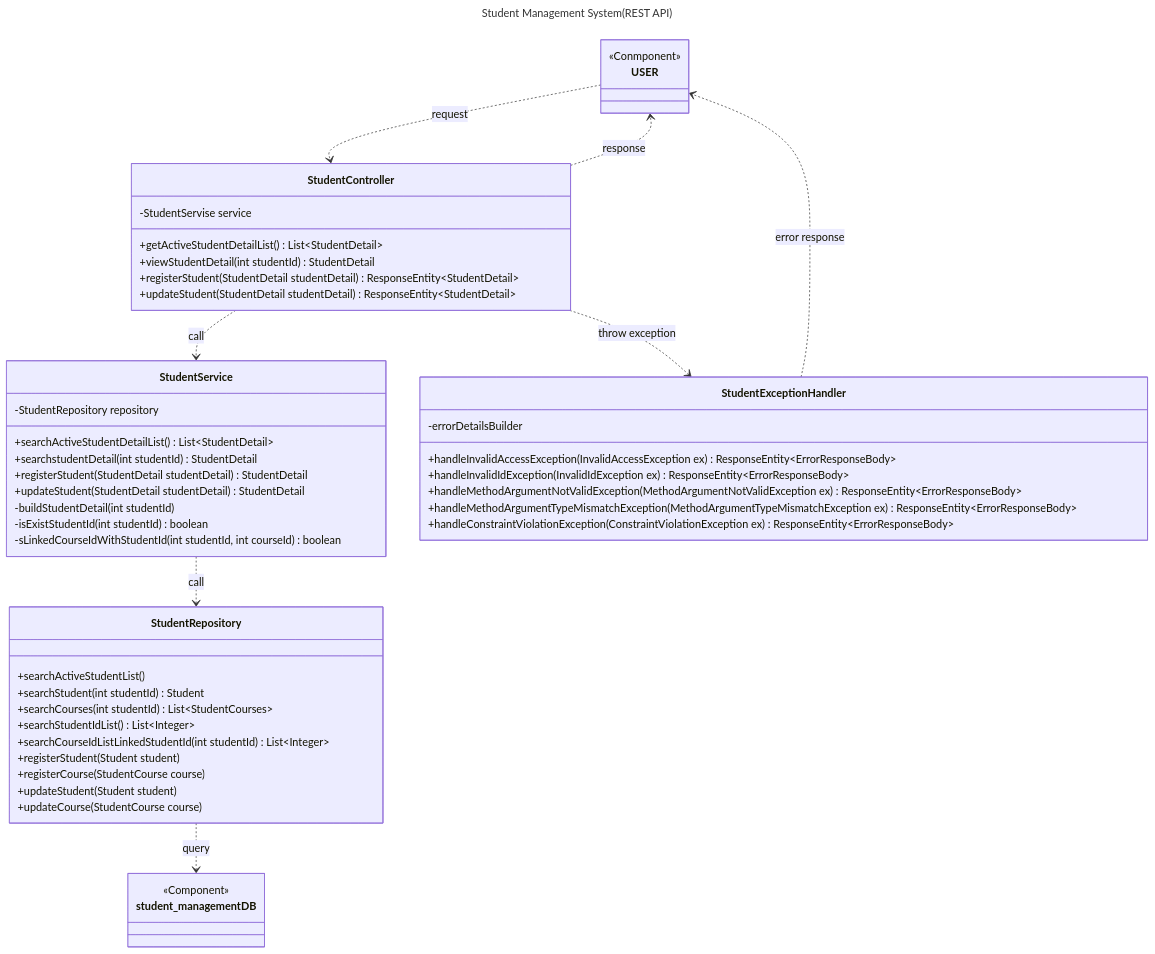
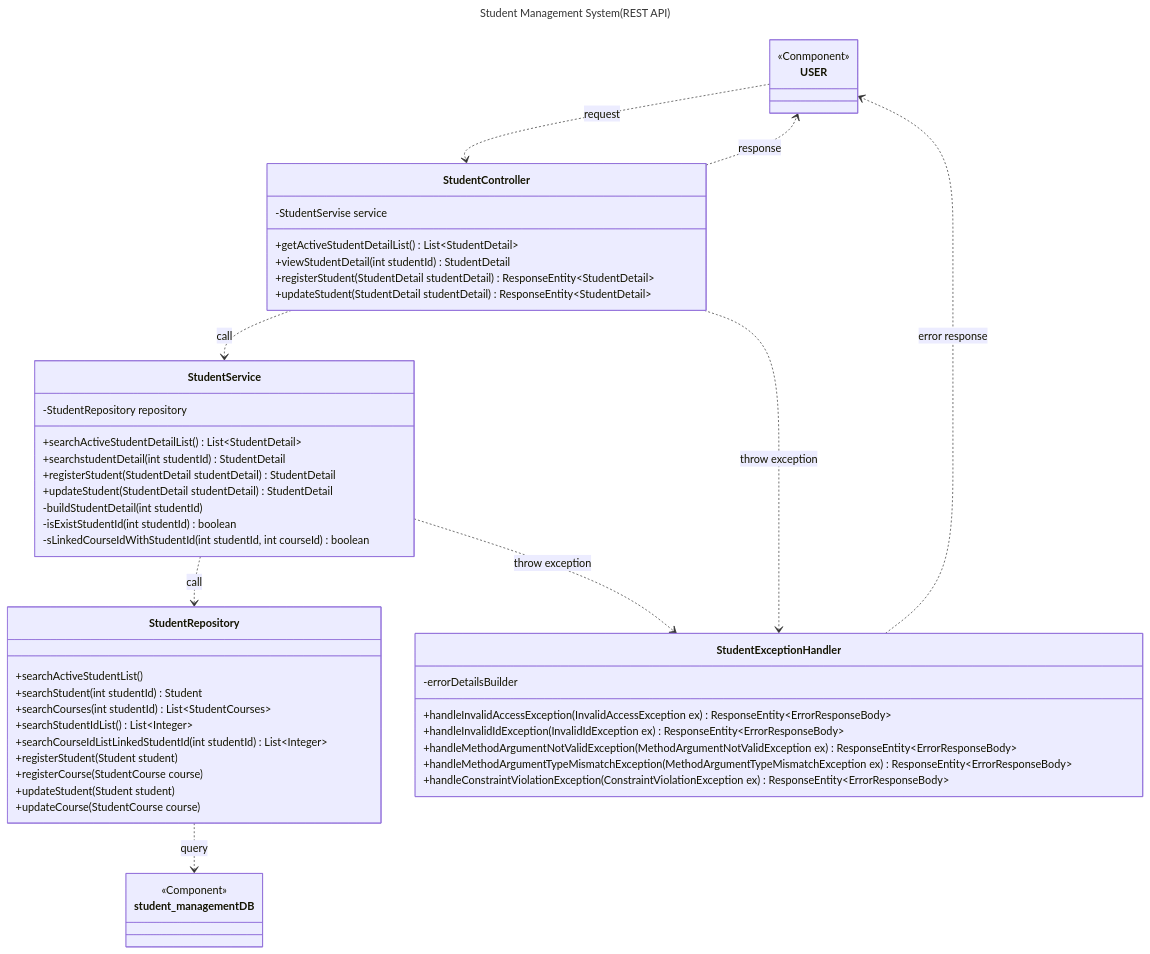
Before and after one commit to saway261/StudentManagement: the fifth of 5 diagrams in README.md, drawn with Mermaid.

Commit message:
docs: README修正(StudentServiceもStudentExceptionHandlerに例外を投げるように依存関係を修正)

````diff
--- a/README.md
+++ b/README.md
@@ -151,60 +151,61 @@
 ```mermaid
 ---
 title: Student Management System(REST API)
 ---
 classDiagram
     class USER {
         <<Conmponent>>
     }
     class student_managementDB {
         <<Component>>
     }
     USER ..> StudentController: request
     direction TB
     StudentController ..> USER: response
     StudentController ..> StudentService: call
     StudentService ..> StudentRepository: call
     StudentRepository ..> student_management DB: query
 
     class StudentController {
         -StudentServise service
         +getActiveStudentDetailList() List~StudentDetail~
         +viewStudentDetail(int studentId) StudentDetail
         +registerStudent(StudentDetail studentDetail) ResponseEntity~StudentDetail~
         +updateStudent(StudentDetail studentDetail) ResponseEntity~StudentDetail~
     }
     class StudentService {
         -StudentRepository repository
         +searchActiveStudentDetailList() List~StudentDetail~
         +searchstudentDetail(int studentId) StudentDetail
         +registerStudent(StudentDetail studentDetail) StudentDetail
         +updateStudent(StudentDetail studentDetail) StudentDetail
         -buildStudentDetail(int studentId)
         -isExistStudentId(int studentId) boolean
         -sLinkedCourseIdWithStudentId(int studentId, int courseId) boolean
     }
     class StudentRepository {
         +searchActiveStudentList()
         +searchStudent(int studentId) Student
         +searchCourses(int studentId) List~StudentCourses~
         +searchStudentIdList() List~Integer~
         +searchCourseIdListLinkedStudentId(int studentId) List~Integer~
         +registerStudent(Student student)
         +registerCourse(StudentCourse course)
         +updateStudent(Student student)
         +updateCourse(StudentCourse course)
     }
 
     class StudentExceptionHandler {
         -errorDetailsBuilder
         +handleInvalidAccessException(InvalidAccessException ex) ResponseEntity~ErrorResponseBody~
         +handleInvalidIdException(InvalidIdException ex) ResponseEntity~ErrorResponseBody~
         +handleMethodArgumentNotValidException(MethodArgumentNotValidException ex) ResponseEntity~ErrorResponseBody~
         +handleMethodArgumentTypeMismatchException(MethodArgumentTypeMismatchException ex) ResponseEntity~ErrorResponseBody~
         +handleConstraintViolationException(ConstraintViolationException ex) ResponseEntity~ErrorResponseBody~
     }
+    StudentService ..> StudentExceptionHandler: throw exception
     StudentController ..> StudentExceptionHandler: throw exception
     StudentExceptionHandler ..> USER: error response
 
 
 ```
````
